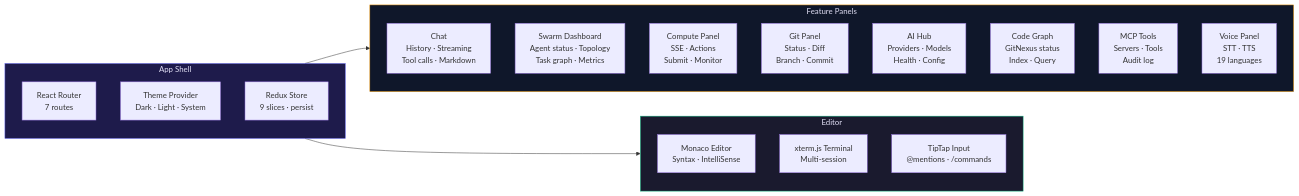
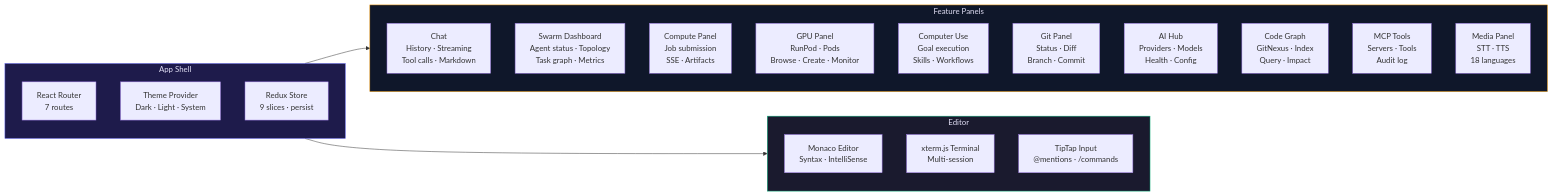
The third of 5 diagrams in README.md (inbharat-ai/codein.pro), drawn with Mermaid before and after one commit. The commit also changed other lines of this file, not shown here.

First line of the commit message:
docs: complete README with all verified features — GPU, RunPod, MCP, Computer Use, Research

````diff
--- a/README.md
+++ b/README.md
@@ -302,32 +340,34 @@
 ```mermaid
 graph LR
     subgraph App["App Shell"]
         Router["React Router<br/>7 routes"]
         Theme["Theme Provider<br/>Dark · Light · System"]
         Redux["Redux Store<br/>9 slices · persist"]
     end
 
     subgraph Panels["Feature Panels"]
         Chat["Chat<br/>History · Streaming<br/>Tool calls · Markdown"]
         Swarm["Swarm Dashboard<br/>Agent status · Topology<br/>Task graph · Metrics"]
-        Compute["Compute Panel<br/>SSE · Actions<br/>Submit · Monitor"]
+        Compute["Compute Panel<br/>Job submission<br/>SSE · Artifacts"]
+        GPU["GPU Panel<br/>RunPod · Pods<br/>Browse · Create · Monitor"]
+        Computer["Computer Use<br/>Goal execution<br/>Skills · Workflows"]
         Git["Git Panel<br/>Status · Diff<br/>Branch · Commit"]
         AI["AI Hub<br/>Providers · Models<br/>Health · Config"]
-        Graph["Code Graph<br/>GitNexus status<br/>Index · Query"]
+        Graph["Code Graph<br/>GitNexus · Index<br/>Query · Impact"]
         MCP["MCP Tools<br/>Servers · Tools<br/>Audit log"]
-        Voice["Voice Panel<br/>STT · TTS<br/>19 languages"]
+        Voice["Media Panel<br/>STT · TTS<br/>18 languages"]
     end
 
     subgraph Editor["Editor"]
         Monaco["Monaco Editor<br/>Syntax · IntelliSense"]
         Terminal["xterm.js Terminal<br/>Multi-session"]
         TipTap["TipTap Input<br/>@mentions · /commands"]
     end
 
     App --> Panels
     App --> Editor
 
     style App fill:#1e1b4b,stroke:#6366f1,color:#e0def4
     style Panels fill:#0f172a,stroke:#f59e0b,color:#e0def4
     style Editor fill:#1a1a2e,stroke:#10b981,color:#e0def4
 ```
````
